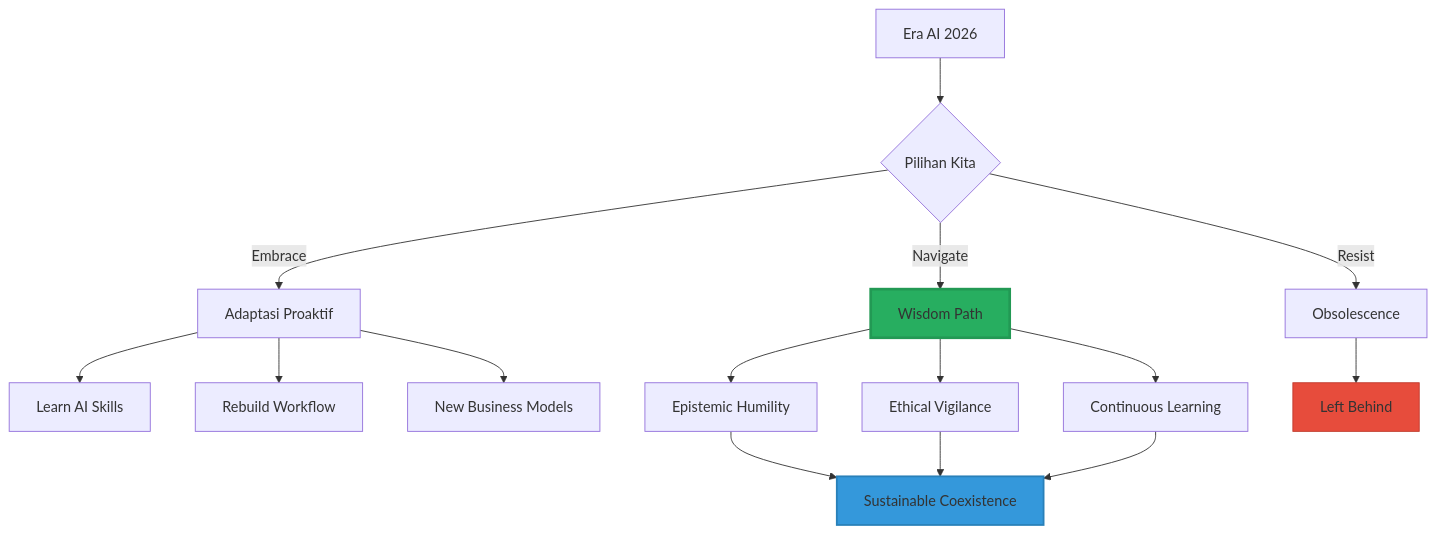
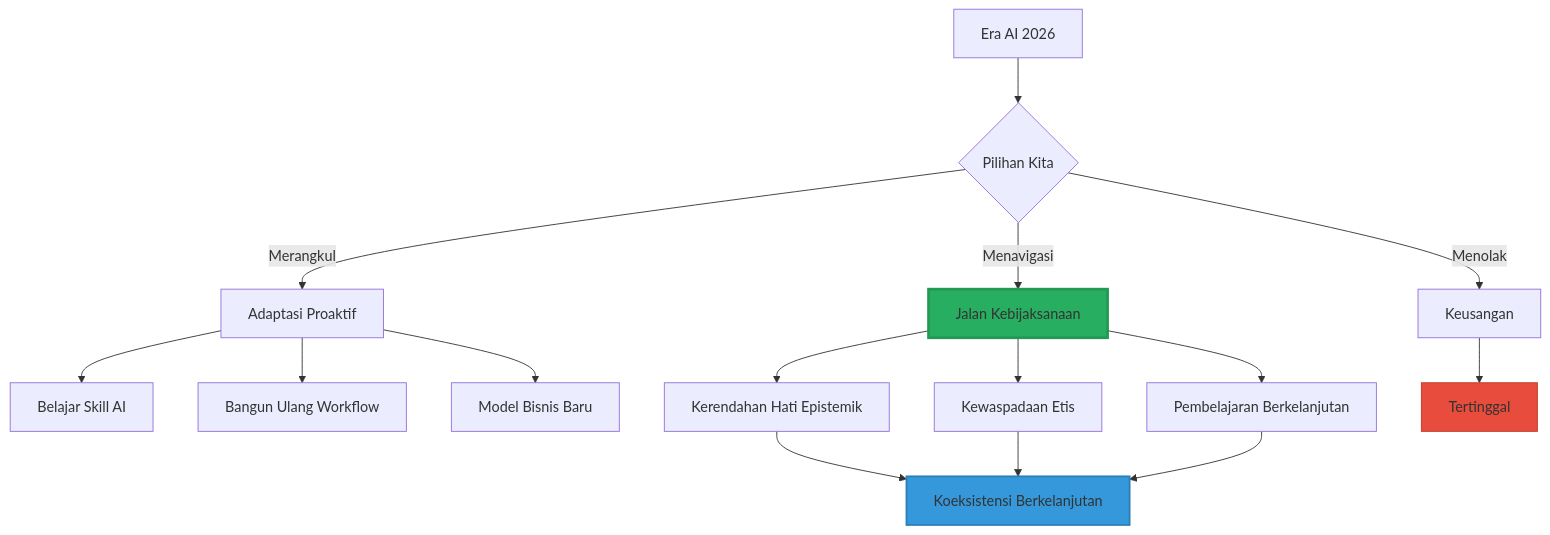
The seventh of 7 diagrams in src/content/writing/peta-lengkap-era-ai-2026-rangkuman-riset-prediksi.mdx (dwirx/BangunAI-Blog), drawn with Mermaid before and after one commit. The commit also changed other lines of this file and 1 other file, not shown here.

Commit message:
Fix Mermaid diagrams (convert timeline/mindmap to flowchart) and improve Indonesian language clarity

````diff
--- a/src/content/writing/peta-lengkap-era-ai-2026-rangkuman-riset-prediksi.mdx
+++ b/src/content/writing/peta-lengkap-era-ai-2026-rangkuman-riset-prediksi.mdx
@@ -711,26 +725,26 @@
 ```mermaid
 flowchart TD
     A[Era AI 2026] --> B{Pilihan Kita}
     
-    B -->|Embrace| C[Adaptasi Proaktif]
-    B -->|Resist| D[Obsolescence]
-    B -->|Navigate| E[Wisdom Path]
+    B -->|Merangkul| C[Adaptasi Proaktif]
+    B -->|Menolak| D[Keusangan]
+    B -->|Menavigasi| E[Jalan Kebijaksanaan]
     
-    C --> F[Learn AI Skills]
-    C --> G[Rebuild Workflow]
-    C --> H[New Business Models]
+    C --> F[Belajar Skill AI]
+    C --> G[Bangun Ulang Workflow]
+    C --> H[Model Bisnis Baru]
     
-    E --> I[Epistemic Humility]
-    E --> J[Ethical Vigilance]
-    E --> K[Continuous Learning]
+    E --> I[Kerendahan Hati Epistemik]
+    E --> J[Kewaspadaan Etis]
+    E --> K[Pembelajaran Berkelanjutan]
     
-    I --> L[Sustainable Coexistence]
+    I --> L[Koeksistensi Berkelanjutan]
     J --> L
     K --> L
     
-    D --> M[Left Behind]
+    D --> M[Tertinggal]
     
     style E fill:#27AE60,stroke:#229954,stroke-width:3px
     style L fill:#3498DB,stroke:#2980B9,stroke-width:2px
     style M fill:#E74C3C,stroke:#C0392B
 ```
````
